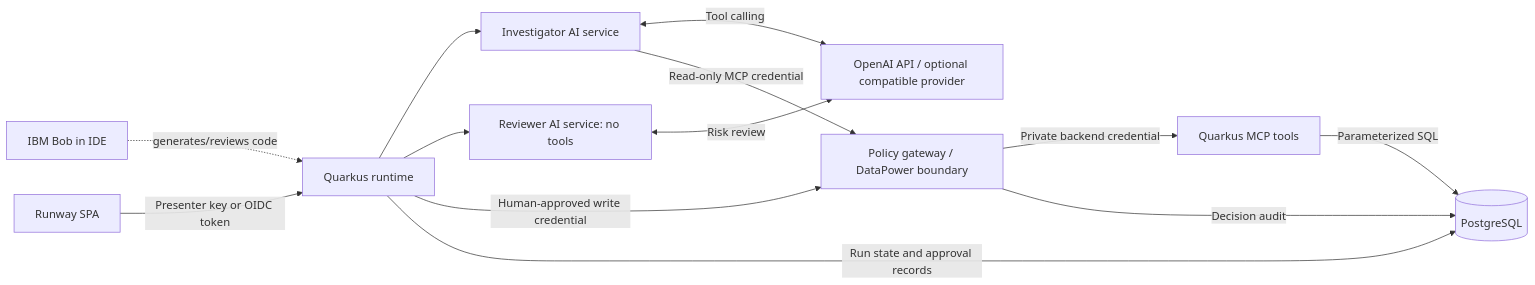
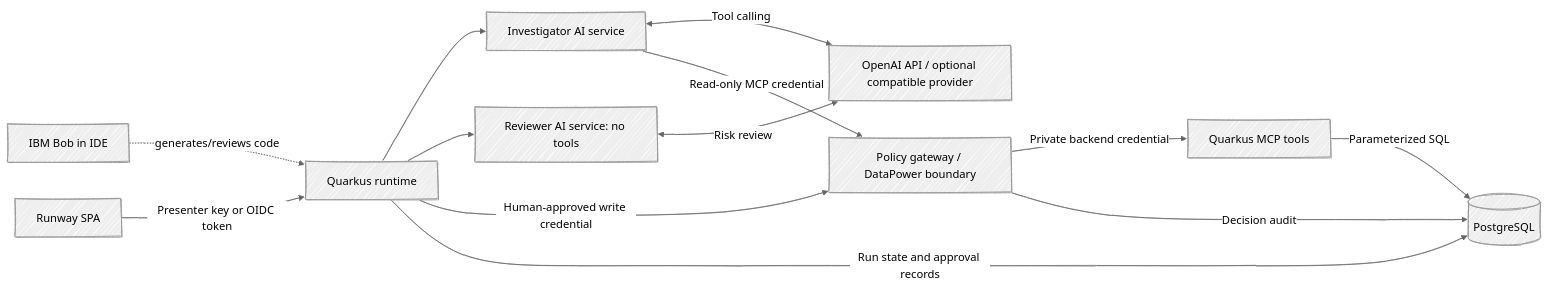
The diagram in README.md (danieloh30/enterprise-ai-runway), drawn with Mermaid before and after one commit.

Commit message:
Use hand-drawn Mermaid style for architecture diagram

````diff
--- a/README.md
+++ b/README.md
@@ -62,15 +62,22 @@
 ```mermaid
+---
+config:
+  look: handDrawn
+  theme: neutral
+  themeVariables:
+    fontFamily: "'Comic Sans MS', 'Comic Sans', cursive"
+---
 flowchart LR
     Bob[IBM Bob in IDE] -. generates/reviews code .-> Runtime
     UI[Runway SPA] -->|Presenter key or OIDC token| Runtime[Quarkus runtime]
     Runtime --> Investigator[Investigator AI service]
     Investigator <-->|Tool calling| LLM[OpenAI API / optional compatible provider]
     Investigator -->|Read-only MCP credential| Gateway[Policy gateway / DataPower boundary]
     Runtime --> Reviewer[Reviewer AI service: no tools]
     Reviewer <-->|Risk review| LLM
     Runtime -->|Human-approved write credential| Gateway
     Gateway -->|Private backend credential| Tools[Quarkus MCP tools]
     Tools -->|Parameterized SQL| DB[(PostgreSQL)]
     Runtime -->|Run state and approval records| DB
     Gateway -->|Decision audit| DB
 ```
````
